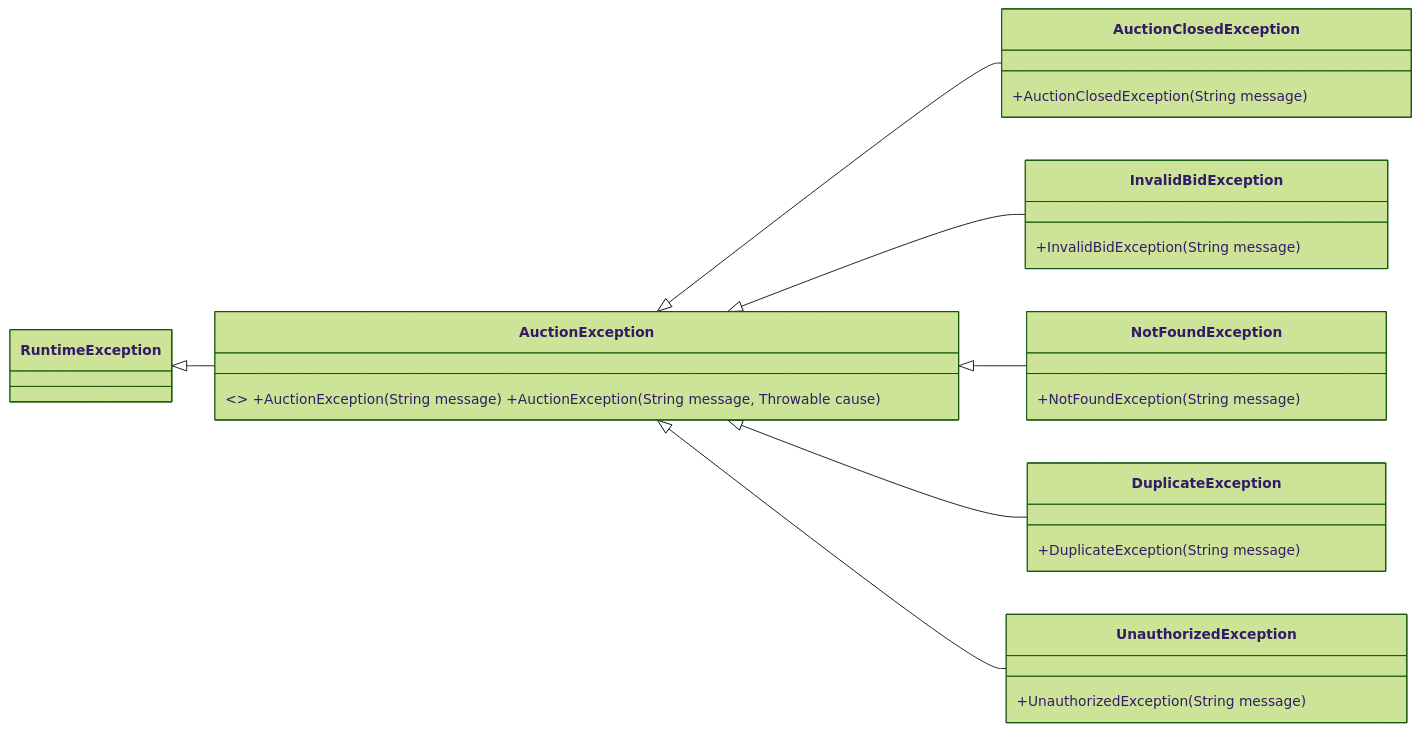
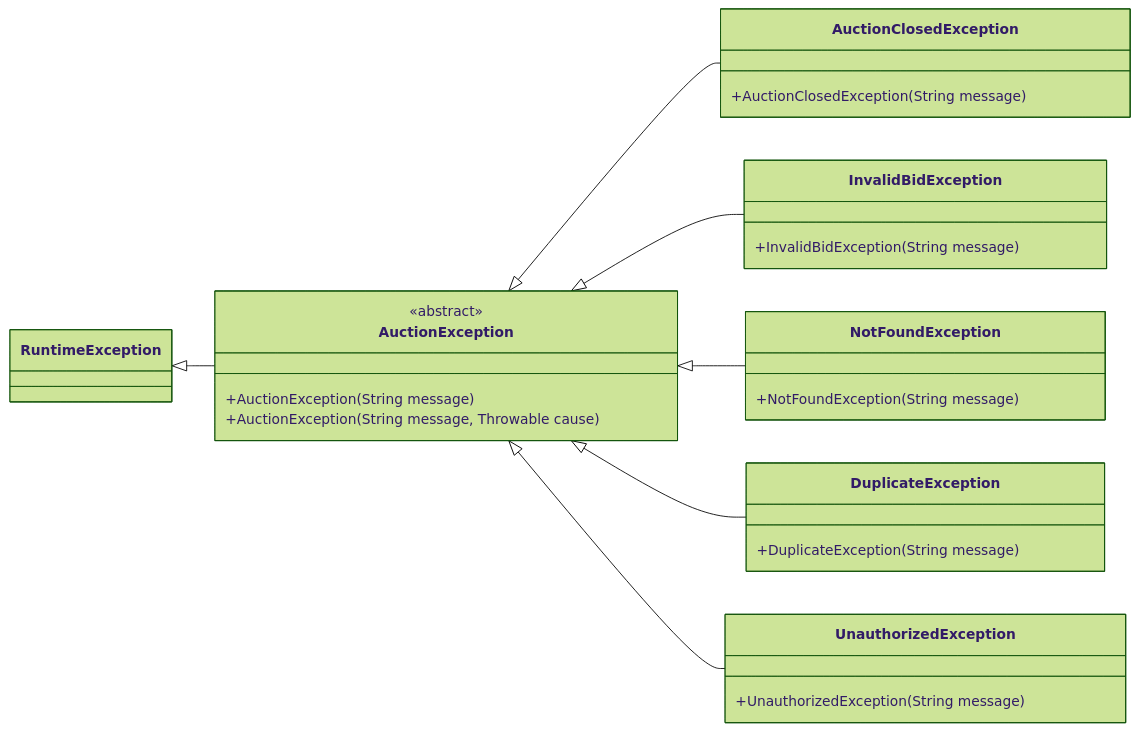
Before and after one commit to kieran-labs/oop-course-project-uet: the second of 5 diagrams in README.md, drawn with Mermaid (forest theme). The commit also changed other lines of this file, not shown here.

````diff
--- a/README.md
+++ b/README.md
@@ -117,17 +173,31 @@
 ```mermaid
 classDiagram
     direction LR
     class RuntimeException
-    class AuctionException { <<abstract>> +AuctionException(String message) +AuctionException(String message, Throwable cause) }
-    class AuctionClosedException { +AuctionClosedException(String message) }
-    class InvalidBidException { +InvalidBidException(String message) }
-    class NotFoundException { +NotFoundException(String message) }
-    class DuplicateException { +DuplicateException(String message) }
-    class UnauthorizedException { +UnauthorizedException(String message) }
+    class AuctionException {
+        <<abstract>>
+        +AuctionException(String message)
+        +AuctionException(String message, Throwable cause)
+    }
+    class AuctionClosedException {
+        +AuctionClosedException(String message)
+    }
+    class InvalidBidException {
+        +InvalidBidException(String message)
+    }
+    class NotFoundException {
+        +NotFoundException(String message)
+    }
+    class DuplicateException {
+        +DuplicateException(String message)
+    }
+    class UnauthorizedException {
+        +UnauthorizedException(String message)
+    }
     RuntimeException <|-- AuctionException
     AuctionException <|-- AuctionClosedException
     AuctionException <|-- InvalidBidException
     AuctionException <|-- NotFoundException
     AuctionException <|-- DuplicateException
     AuctionException <|-- UnauthorizedException
 ```
````
